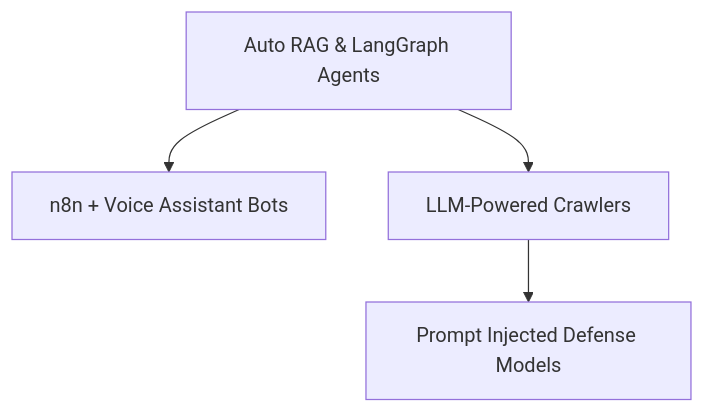
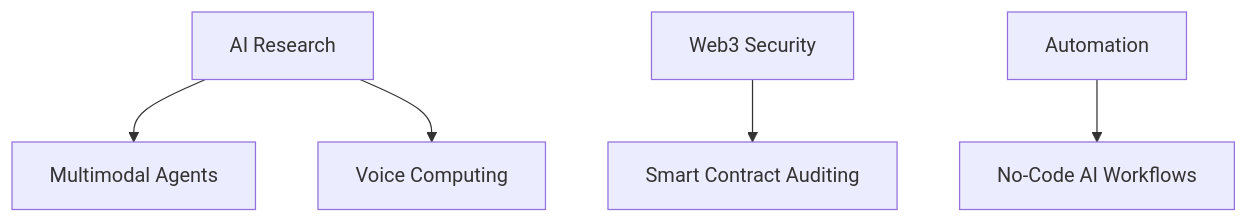
The diagram in README.md (Cosmic-hackers/Cosmic-hackers), drawn with Mermaid before and after one commit. The commit also changed other lines of this file, not shown here.

````diff
--- a/README.md
+++ b/README.md
@@ -93,6 +106,7 @@
 ```mermaid
-graph TD
-    Q1[Auto RAG & LangGraph Agents] --> Q2[n8n + Voice Assistant Bots]
-    Q1 --> Q3[LLM-Powered Crawlers]
-    Q3 --> Q4[Prompt Injected Defense Models]
+graph TB
+    A[AI Research] --> B[Multimodal Agents]
+    A --> C[Voice Computing]
+    D[Web3 Security] --> E[Smart Contract Auditing]
+    F[Automation] --> G[No-Code AI Workflows]
 ```
````
